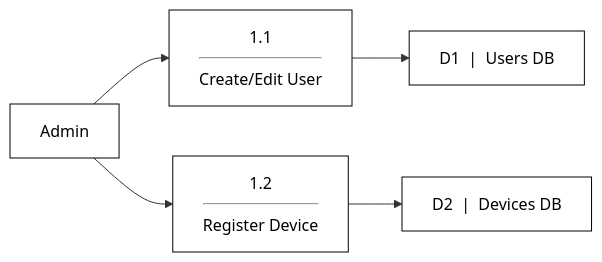
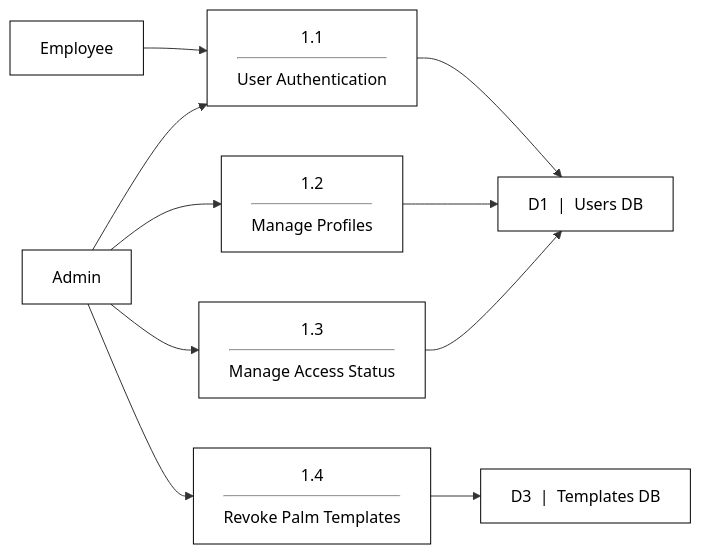
Before and after one commit to Touy2004/palm-back-end: the sixth of 14 diagrams in USER_MANUAL.md, drawn with Mermaid. The commit also changed other lines of this file, not shown here.

Commit message:
docs: update system architecture and data flow diagrams in user manual

````diff
--- a/USER_MANUAL.md
+++ b/USER_MANUAL.md
@@ -352,20 +357,30 @@
 ```mermaid
 flowchart LR
     Admin[Admin]:::entity
+    Employee[Employee]:::entity
     
-    P1_1["1.1<hr/>Create/Edit User"]:::process
-    P1_2["1.2<hr/>Register Device"]:::process
+    P1_1["1.1<hr/>User Authentication"]:::process
+    P1_2["1.2<hr/>Manage Profiles"]:::process
+    P1_3["1.3<hr/>Manage Access Status"]:::process
+    P1_4["1.4<hr/>Revoke Palm Templates"]:::process
     
     D1["D1 &nbsp;|&nbsp; Users DB"]:::datastore
-    D2["D2 &nbsp;|&nbsp; Devices DB"]:::datastore
+    D3["D3 &nbsp;|&nbsp; Templates DB"]:::datastore
     
     Admin --> P1_1
+    Employee --> P1_1
+    P1_1 --> D1
+    
     Admin --> P1_2
+    P1_2 --> D1
     
-    P1_1 --> D1
-    P1_2 --> D2
+    Admin --> P1_3
+    P1_3 --> D1
+    
+    Admin --> P1_4
+    P1_4 --> D3
 
     classDef entity fill:#fff,stroke:#000,stroke-width:1px,shape:rect,color:#000
     classDef process fill:#fff,stroke:#000,stroke-width:1px,shape:rect,color:#000
     classDef datastore fill:#fff,stroke:#000,stroke-width:1px,shape:rect,color:#000
 ```
````
